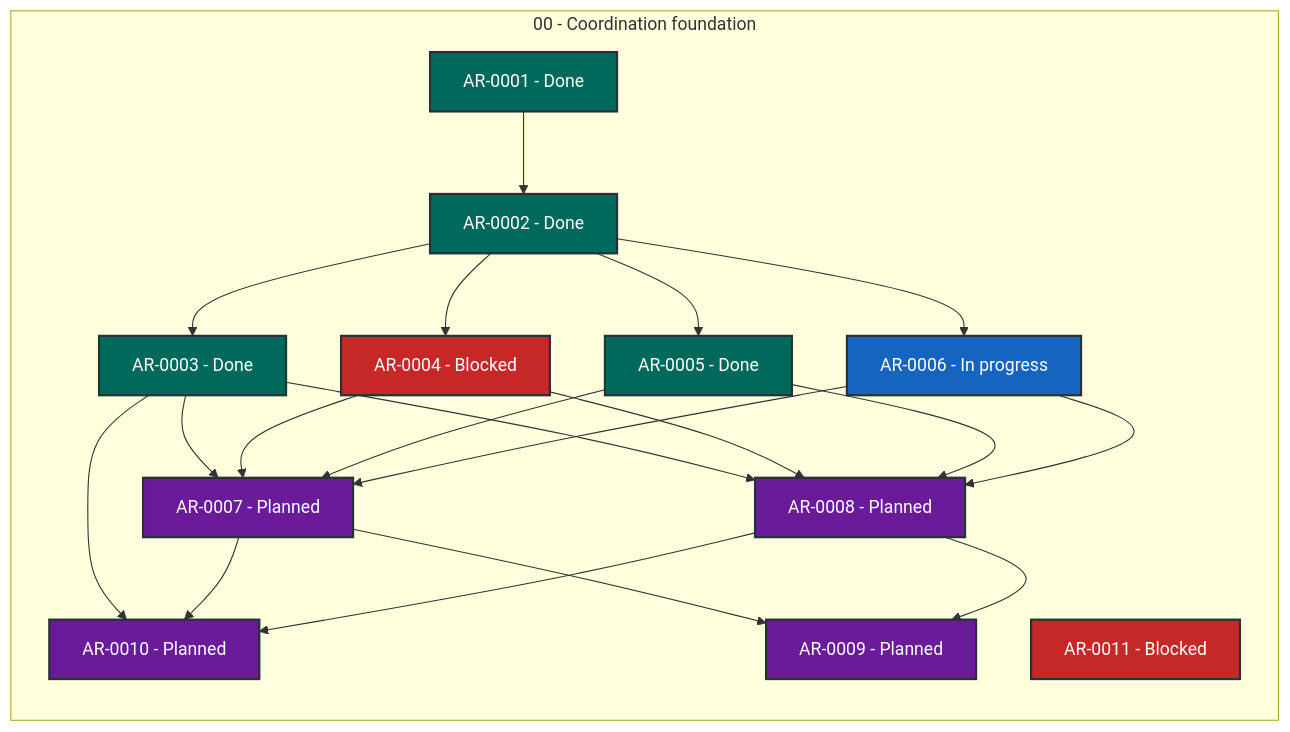
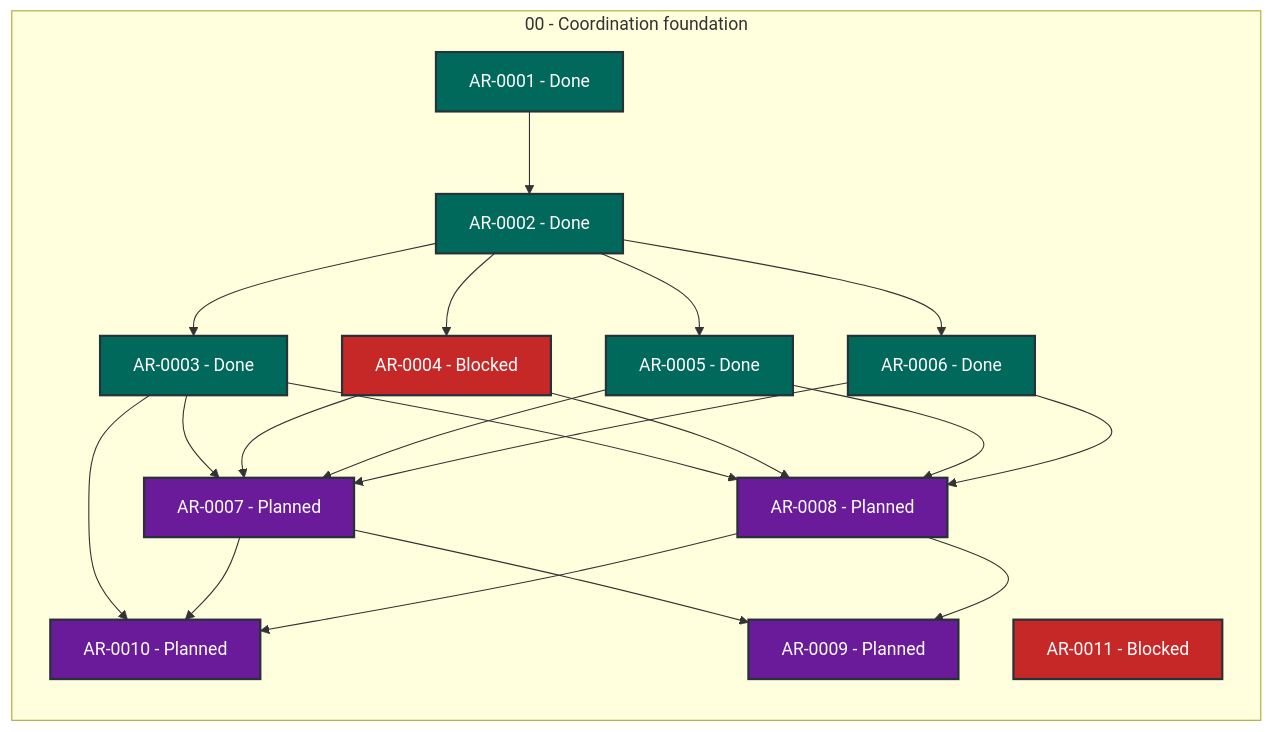
One commit to martin-beck/agent-workflow-coordinator-state changed the diagram in STATUS.md. Above: the diagram before and after it, drawn with Mermaid. The commit also changed other lines of this file and 2 other files, not shown here.

````diff
--- a/STATUS.md
+++ b/STATUS.md
@@ -27,43 +27,43 @@
 ```mermaid
 flowchart LR
     subgraph series_00["00 - Coordination foundation"]
         direction TB
         AR_0001["AR-0001 - Done"]:::status_done
         AR_0002["AR-0002 - Done"]:::status_done
         AR_0003["AR-0003 - Done"]:::status_done
         AR_0004["AR-0004 - Blocked"]:::status_blocked
         AR_0005["AR-0005 - Done"]:::status_done
-        AR_0006["AR-0006 - In progress"]:::status_in_progress
+        AR_0006["AR-0006 - Done"]:::status_done
         AR_0007["AR-0007 - Planned"]:::status_planned
         AR_0008["AR-0008 - Planned"]:::status_planned
         AR_0009["AR-0009 - Planned"]:::status_planned
         AR_0010["AR-0010 - Planned"]:::status_planned
         AR_0011["AR-0011 - Blocked"]:::status_blocked
     end
     AR_0001 --> AR_0002
     AR_0002 --> AR_0003
     AR_0002 --> AR_0004
     AR_0002 --> AR_0005
     AR_0002 --> AR_0006
     AR_0003 --> AR_0007
     AR_0003 --> AR_0008
     AR_0003 --> AR_0010
     AR_0004 --> AR_0007
     AR_0004 --> AR_0008
     AR_0005 --> AR_0007
     AR_0005 --> AR_0008
     AR_0006 --> AR_0007
     AR_0006 --> AR_0008
     AR_0007 --> AR_0009
     AR_0007 --> AR_0010
     AR_0008 --> AR_0009
     AR_0008 --> AR_0010
     classDef status_in_progress fill:#1565c0,color:#ffffff,stroke:#263238,stroke-width:2px
     classDef status_open fill:#2e7d32,color:#ffffff,stroke:#263238,stroke-width:2px
     classDef status_blocked fill:#c62828,color:#ffffff,stroke:#263238,stroke-width:2px
     classDef status_planned fill:#6a1b9a,color:#ffffff,stroke:#263238,stroke-width:2px
     classDef status_future fill:#455a64,color:#ffffff,stroke:#263238,stroke-width:2px
     classDef status_done fill:#00695c,color:#ffffff,stroke:#263238,stroke-width:2px
     classDef status_cancelled fill:#616161,color:#ffffff,stroke:#263238,stroke-width:2px
     classDef status_superseded fill:#5d4037,color:#ffffff,stroke:#263238,stroke-width:2px
 ```
````
